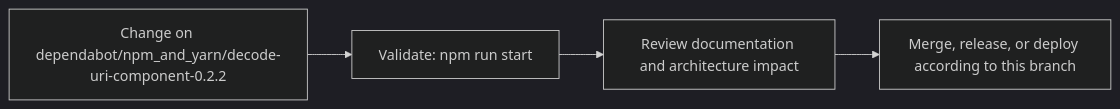
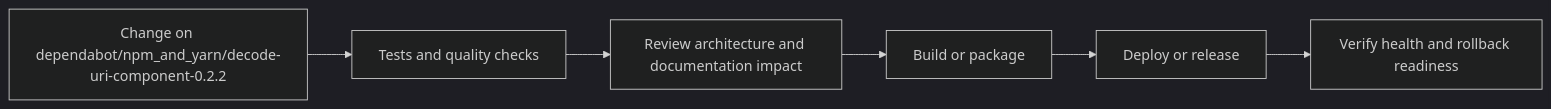
The fourth of 5 diagrams in README.md (Nischhalsubba/wp_Theme_Ronal), drawn with Mermaid (dark theme) before and after one commit. The commit also changed other lines of this file, not shown here.

````diff
--- a/README.md
+++ b/README.md
@@ -69,8 +145,8 @@
 ```mermaid
 flowchart LR
-    CHANGE["Change on dependabot/npm_and_yarn/decode-uri-component-0.2.2"]
-    CHECK["Validate: npm run start"]
-    REVIEW["Review documentation and architecture impact"]
-    RELEASE["Merge, release, or deploy according to this branch"]
-    CHANGE --> CHECK --> REVIEW --> RELEASE
+    CHANGE["Change on dependabot/npm_and_yarn/decode-uri-component-0.2.2"] --> CHECK["Tests and quality checks"]
+    CHECK --> REVIEW["Review architecture and documentation impact"]
+    REVIEW --> BUILD["Build or package"]
+    BUILD --> DEPLOY["Deploy or release"]
+    DEPLOY --> VERIFY["Verify health and rollback readiness"]
 ```
````
